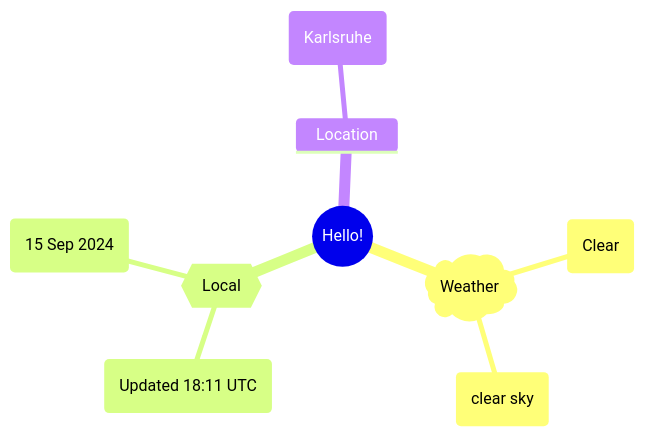
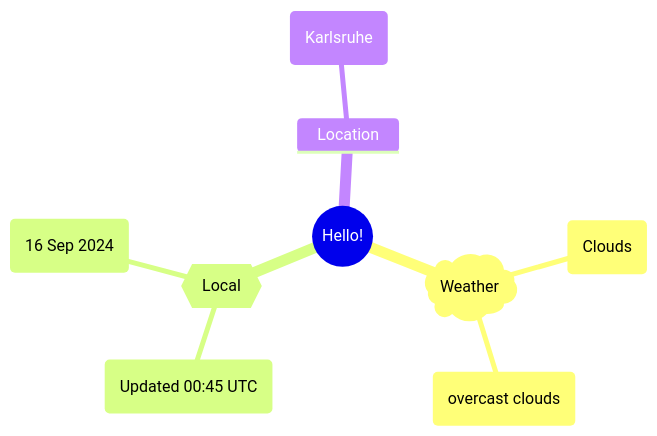
Before and after one commit to Xosrov/Xosrov: the first of 2 diagrams in README.md, drawn with Mermaid.

Commit message:
[bot] updated images

````diff
--- a/README.md
+++ b/README.md
@@ -3,12 +3,12 @@
 ```mermaid
 mindmap
   root((Hello!))
     )Weather(
-        (Clear)
-        (clear sky)
+        (Clouds)
+        (overcast clouds)
     {{Local}}
-        (Updated 18:11 UTC)
-        (15 Sep 2024)
+        (Updated 00:45 UTC)
+        (16 Sep 2024)
     Location
         (Karlsruhe)
 ```
````
